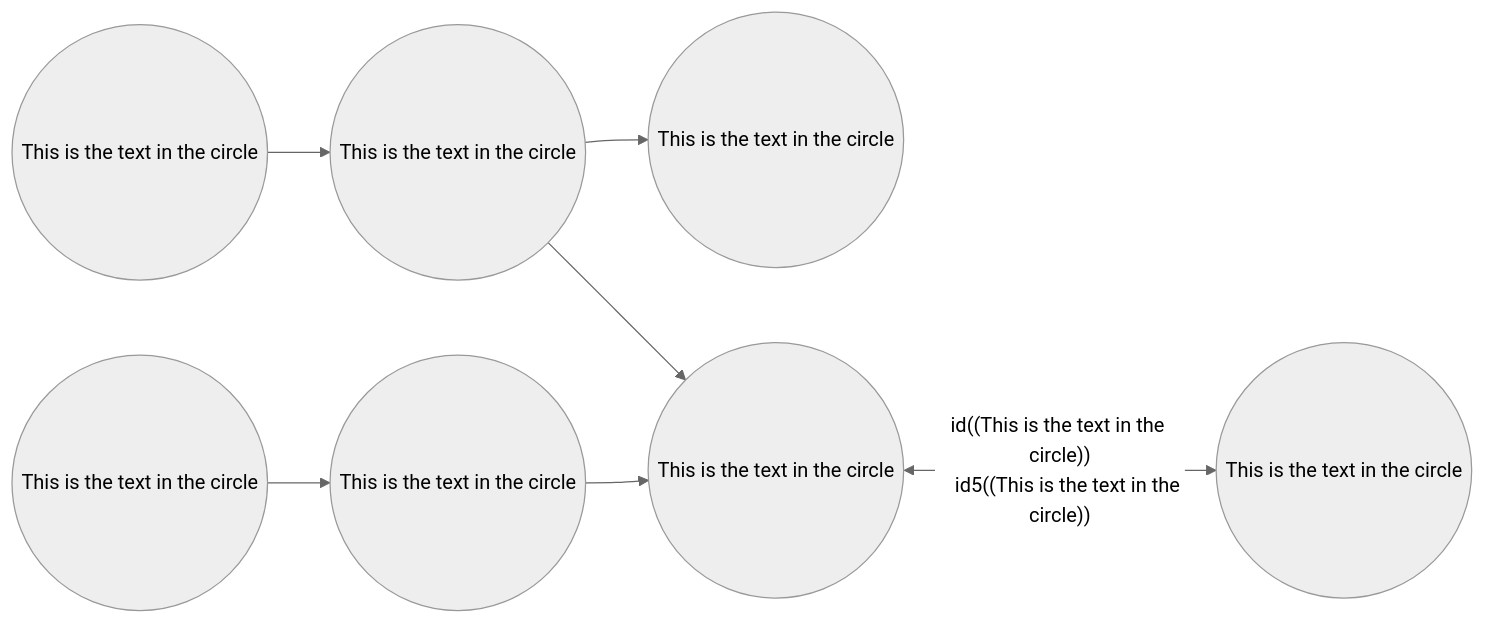
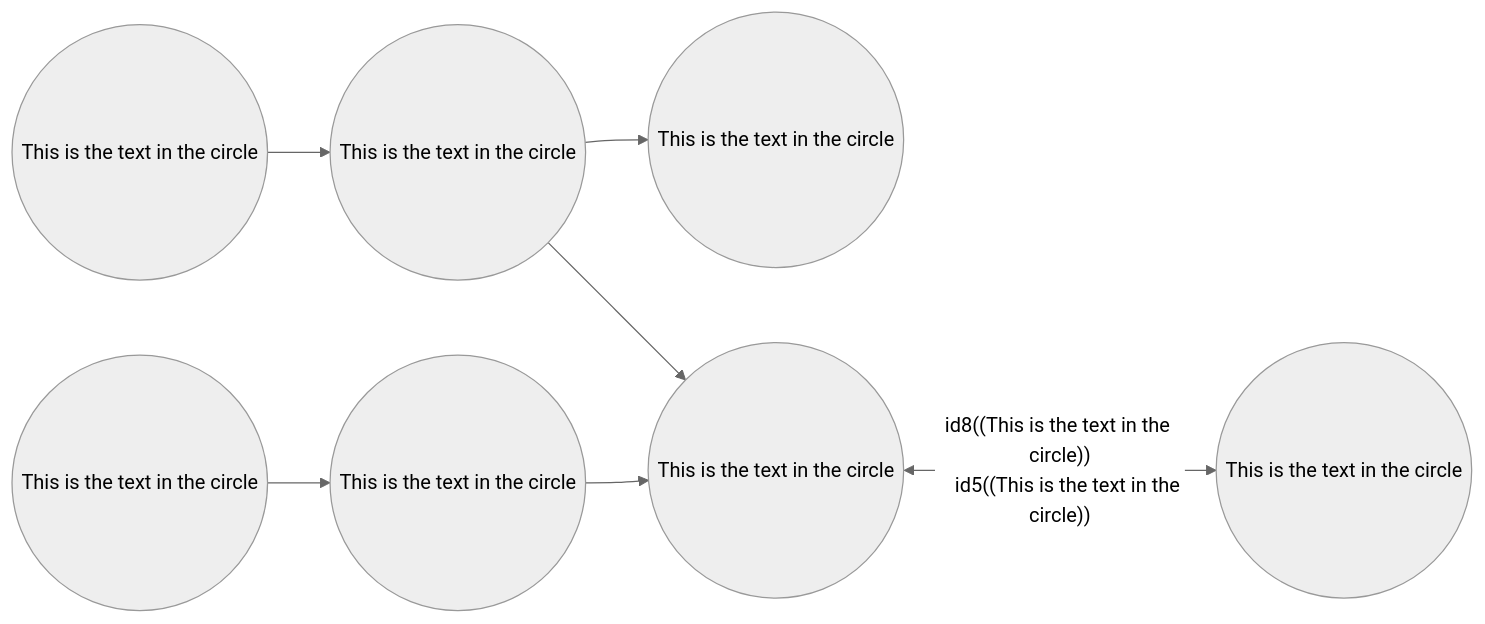
One commit to gerbssusd/dok changed the second of 2 diagrams in slides.md. Above: the diagram before and after it, drawn with Mermaid (neutral theme).

````diff
--- a/slides.md
+++ b/slides.md
@@ -499,14 +499,14 @@
 ```mermaid {scale: .60}
 
 flowchart LR
     id1((This is the text in the circle)) -->
     id2((This is the text in the circle)) -->
     id3((This is the text in the circle))
        id3.1((This is the text in the circle))-->
        id3.2((This is the text in the circle))-->id4
-   id2 --> id4((This is the text in the circle)) <-- id((This is the text in the circle))
+   id2 --> id4((This is the text in the circle)) <-- id8((This is the text in the circle))
     id5((This is the text in the circle)) -->
    
     id7((This is the text in the circle))
 
 ```
````
